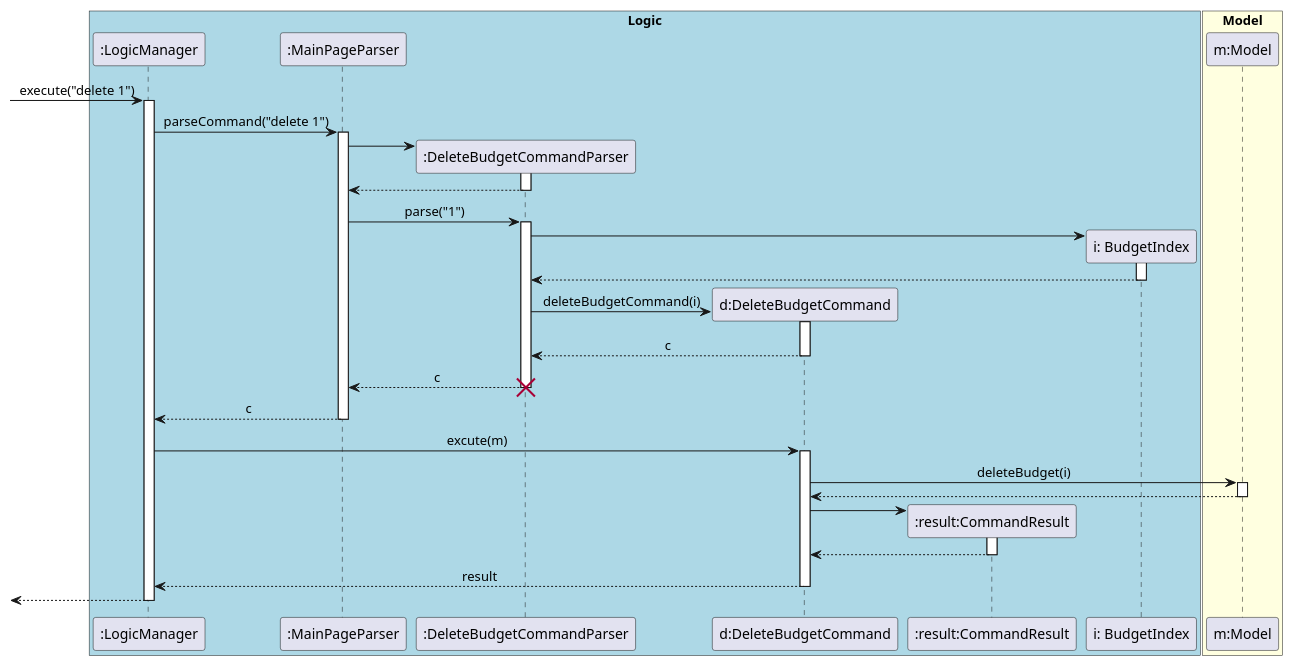
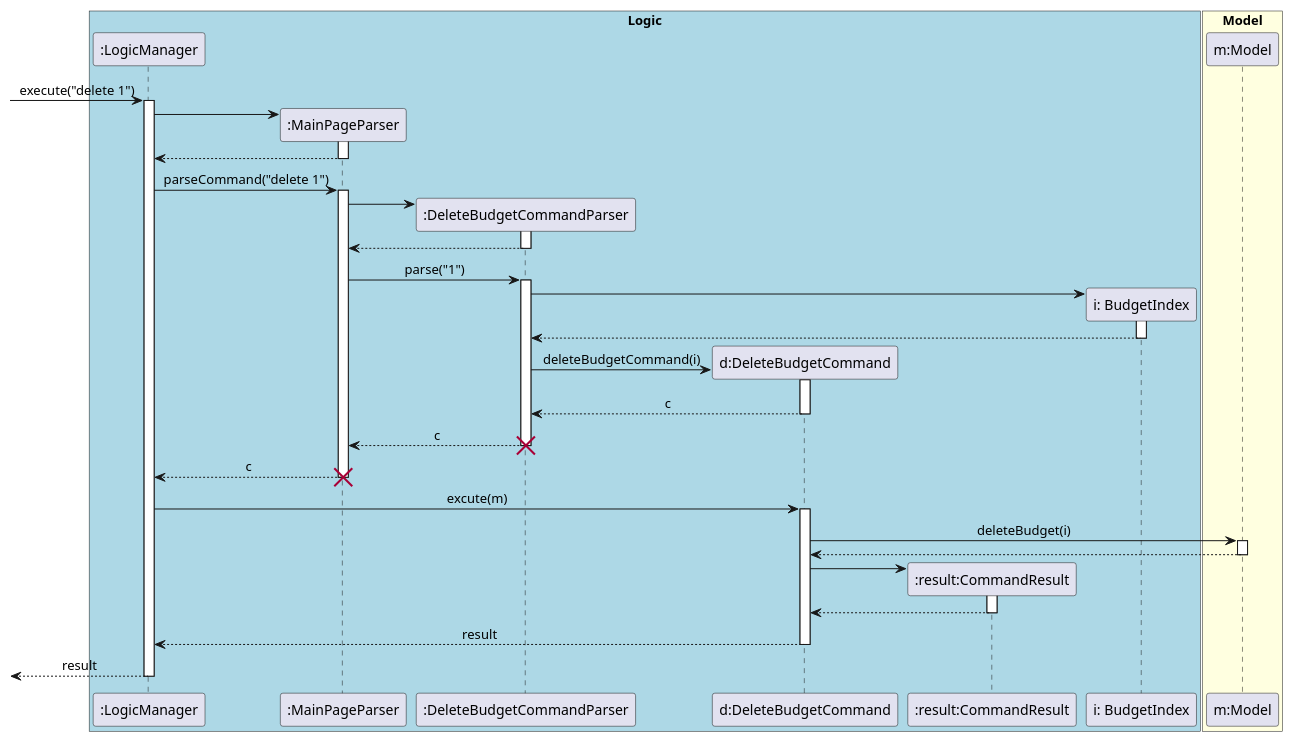
The diagram in docs/diagrams/commandsPlantUML/DeleteBudgetCommand.puml (yu-ming-chen/tp), drawn with PlantUML before and after one commit. The commit also changed 7 other files, not shown here.

Commit message:
Update Sequence Diagrams

```diff
--- a/docs/diagrams/commandsPlantUML/DeleteBudgetCommand.puml
+++ b/docs/diagrams/commandsPlantUML/DeleteBudgetCommand.puml
@@ -1,67 +1,73 @@
 @startuml
 skinparam Sequence {
     MessageAlign center
 }
 box "Logic" #LightBlue
 participant ":LogicManager" as LM
 participant ":MainPageParser" as MPP
 participant ":DeleteBudgetCommandParser" as DBCP
 participant "d:DeleteBudgetCommand" as DBC
 participant ":result:CommandResult" as CR
 participant "i: BudgetIndex" as BI
 
 end box
 
 box "Model" #LightYellow
 participant "m:Model" as M
 end box
 
 [-> LM : execute("delete 1")
 activate LM
+create MPP
+LM -> MPP
+activate MPP
+LM <-- MPP
+deactivate MPP
 LM -> MPP : parseCommand("delete 1")
 activate MPP
 
 create DBCP
 MPP -> DBCP
 activate DBCP
 MPP <-- DBCP
 deactivate DBCP
 MPP -> DBCP : parse("1")
 activate DBCP
 
 create BI
 DBCP -> BI
 activate BI
 DBCP <-- BI
 deactivate BI
 
 create DBC
 DBCP -> DBC : deleteBudgetCommand(i)
 activate DBC
 DBCP <-- DBC : c
 deactivate DBC
 MPP <-- DBCP : c
 deactivate DBCP
 destroy DBCP
 LM <-- MPP : c
 deactivate MPP
+destroy MPP
 
-LM -> DBC: excute(m)
+LM -> DBC : excute(m)
 activate DBC
 DBC -> M : deleteBudget(i)
 activate M
 DBC <-- M
 deactivate M
 
 create CR
 DBC -> CR
 activate CR
 DBC <-- CR
 deactivate CR
 
-LM <-- DBC: result
+LM <-- DBC : result
 deactivate DBC
-[<-- LM
+[<-- LM : result
 deactivate LM
 
 @enduml
```
